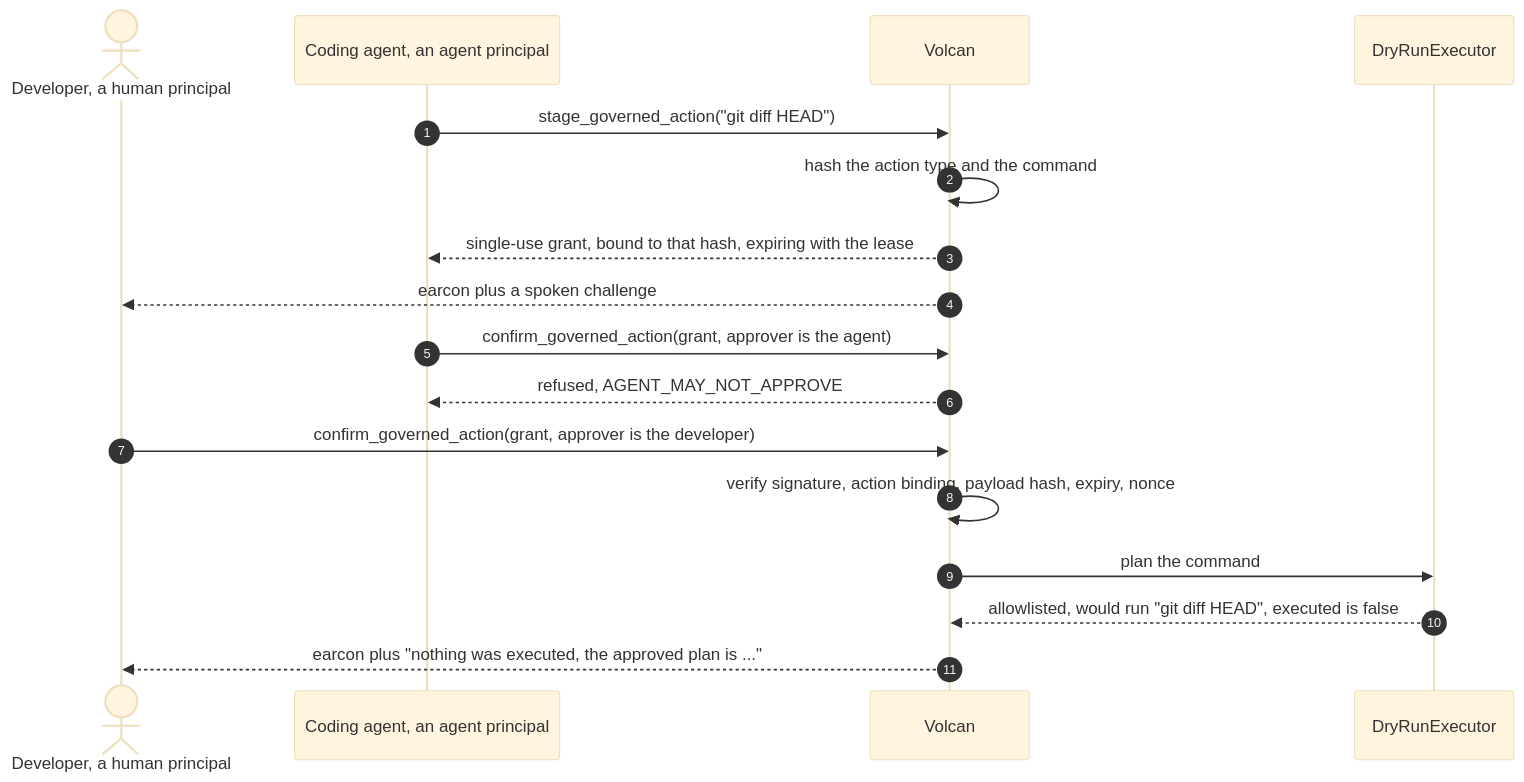
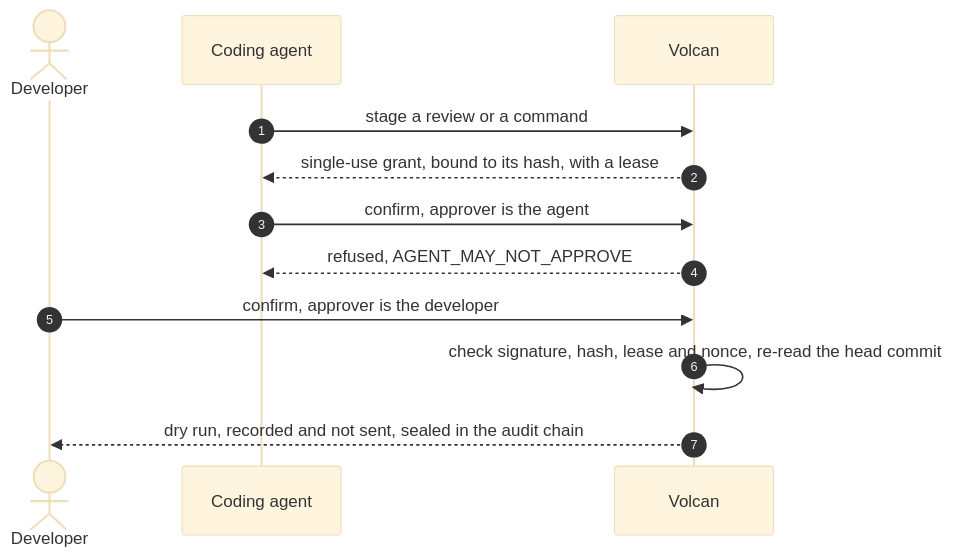
Before and after one commit to upgradedev/volcan_amazon: the second of 2 diagrams in README.md, drawn with Mermaid (base theme). The commit also changed other lines of this file and 112 other files, not shown here.

````diff
--- a/README.md
+++ b/README.md
@@ -363,22 +84,15 @@
 ```mermaid
 sequenceDiagram
     autonumber
-    actor Dev as Developer, a human principal
-    participant Agent as Coding agent, an agent principal
+    actor Dev as Developer
+    participant Agent as Coding agent
     participant Volcan as Volcan
-    participant Planner as DryRunExecutor
 
-    Agent->>Volcan: stage_governed_action("git diff HEAD")
-    Volcan->>Volcan: hash the action type and the command
-    Volcan-->>Agent: single-use grant, bound to that hash, expiring with the lease
-    Volcan-->>Dev: earcon plus a spoken challenge
-
-    Agent->>Volcan: confirm_governed_action(grant, approver is the agent)
+    Agent->>Volcan: stage a review or a command
+    Volcan-->>Agent: single-use grant, bound to its hash, with a lease
+    Agent->>Volcan: confirm, approver is the agent
     Volcan-->>Agent: refused, AGENT_MAY_NOT_APPROVE
-
-    Dev->>Volcan: confirm_governed_action(grant, approver is the developer)
-    Volcan->>Volcan: verify signature, action binding, payload hash, expiry, nonce
-    Volcan->>Planner: plan the command
-    Planner-->>Volcan: allowlisted, would run "git diff HEAD", executed is false
-    Volcan-->>Dev: earcon plus "nothing was executed, the approved plan is ..."
+    Dev->>Volcan: confirm, approver is the developer
+    Volcan->>Volcan: check signature, hash, lease and nonce, re-read the head commit
+    Volcan-->>Dev: dry run, recorded and not sent, sealed in the audit chain
 ```
````
